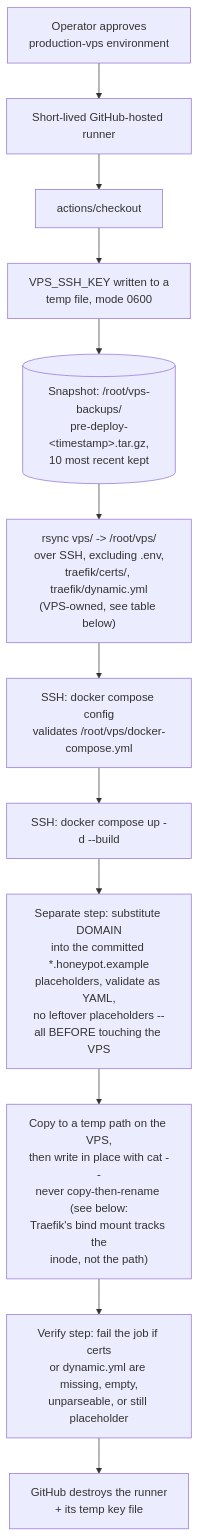
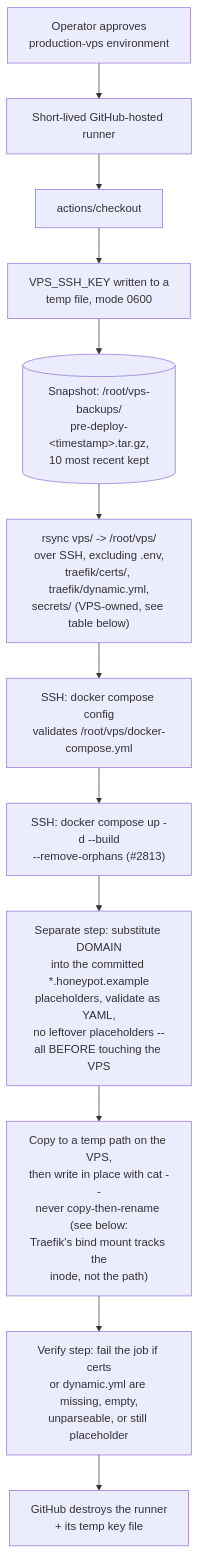
The third of 4 diagrams in docs/CI-CD.md (Xore/APIARY), drawn with Mermaid before and after one commit. The commit also changed other lines of this file and 84 other files, not shown here.

First line of the commit message:
docs: reconcile 43 markdown files with the current repository state, and gate diagram/link rot (#3398)

````diff
--- a/docs/CI-CD.md
+++ b/docs/CI-CD.md
@@ -1705,18 +1729,18 @@
 ```mermaid
 flowchart TB
   approve["Operator approves<br/>production-vps environment"]
   ghRunner["Short-lived GitHub-hosted runner"]
   checkout["actions/checkout"]
   key["VPS_SSH_KEY written to a<br/>temp file, mode 0600"]
   backup[("Snapshot: /root/vps-backups/<br/>pre-deploy-&lt;timestamp&gt;.tar.gz,<br/>10 most recent kept")]
-  rsync["rsync vps/ -> /root/vps/<br/>over SSH, excluding .env,<br/>traefik/certs/, traefik/dynamic.yml<br/>(VPS-owned, see table below)"]
+  rsync["rsync vps/ -> /root/vps/<br/>over SSH, excluding .env,<br/>traefik/certs/, traefik/dynamic.yml,<br/>secrets/ (VPS-owned, see table below)"]
   validate["SSH: docker compose config<br/>validates /root/vps/docker-compose.yml"]
-  up["SSH: docker compose up -d --build"]
+  up["SSH: docker compose up -d --build<br/>--remove-orphans (#2813)"]
   dynGen["Separate step: substitute DOMAIN<br/>into the committed *.honeypot.example<br/>placeholders, validate as YAML,<br/>no leftover placeholders --<br/>all BEFORE touching the VPS"]
   dynWrite["Copy to a temp path on the VPS,<br/>then write in place with cat --<br/>never copy-then-rename (see below:<br/>Traefik's bind mount tracks the<br/>inode, not the path)"]
   verify["Verify step: fail the job if certs<br/>or dynamic.yml are missing, empty,<br/>unparseable, or still placeholder"]
   destroy["GitHub destroys the runner<br/>+ its temp key file"]
 
   approve --> ghRunner --> checkout --> key --> backup --> rsync --> validate --> up
   up --> dynGen --> dynWrite --> verify --> destroy
 ```
````
